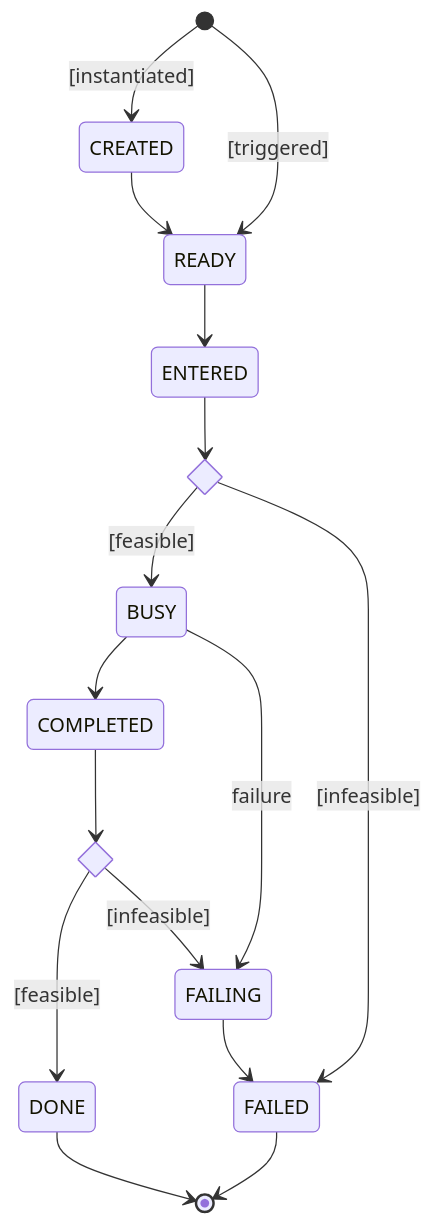
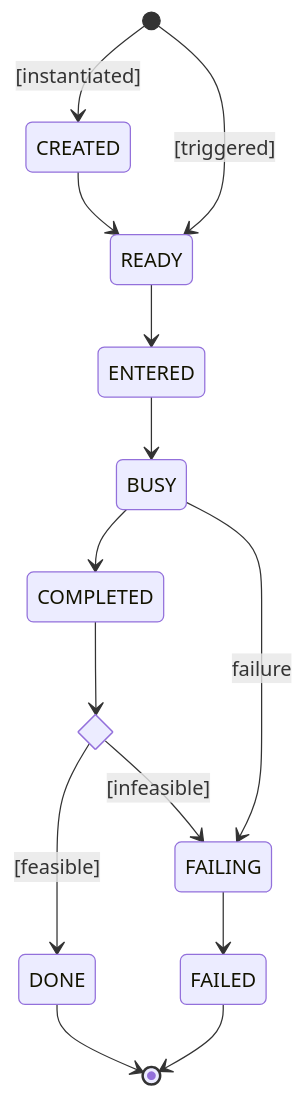
The diagram in docs/md/logic/token_flow_logic_processes.md (bpmn-os/bpmnos-engine), drawn with Mermaid before and after one commit. The commit also changed other lines of this file and 15 other files, not shown here.

```diff
--- a/docs/md/logic/token_flow_logic_processes.md
+++ b/docs/md/logic/token_flow_logic_processes.md
@@ -12,20 +12,17 @@
 <pre class="mermaid">
 stateDiagram-v2
-    state feasibleEntry <<choice>>
     state feasibleExit <<choice>>
     [*] --> CREATED: [instantiated]
     [*] --> READY: [triggered]
     CREATED --> READY
     READY --> ENTERED
-    ENTERED --> feasibleEntry
-    feasibleEntry --> BUSY: [feasible]
-    feasibleEntry --> FAILED: [infeasible]
+    ENTERED --> BUSY
     BUSY --> COMPLETED
     BUSY --> FAILING: failure
     COMPLETED --> feasibleExit
     feasibleExit --> DONE: [feasible]
     feasibleExit --> FAILING: [infeasible]
     DONE --> [*]
     FAILING --> FAILED
     FAILED --> [*]
 </pre>
```
